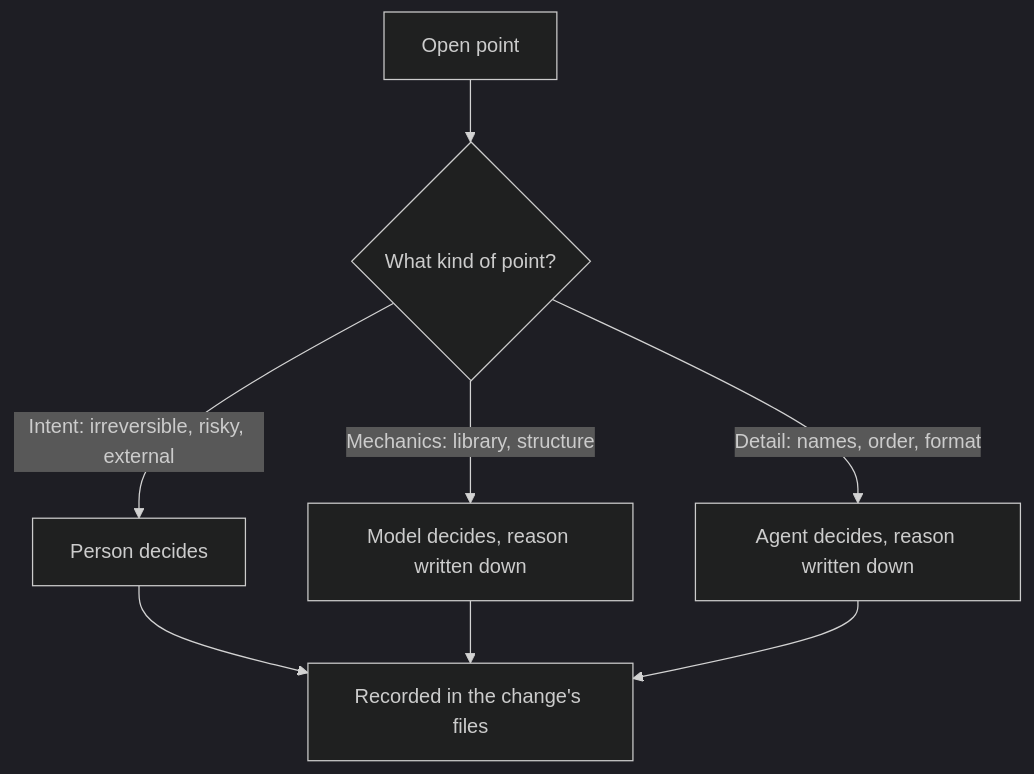
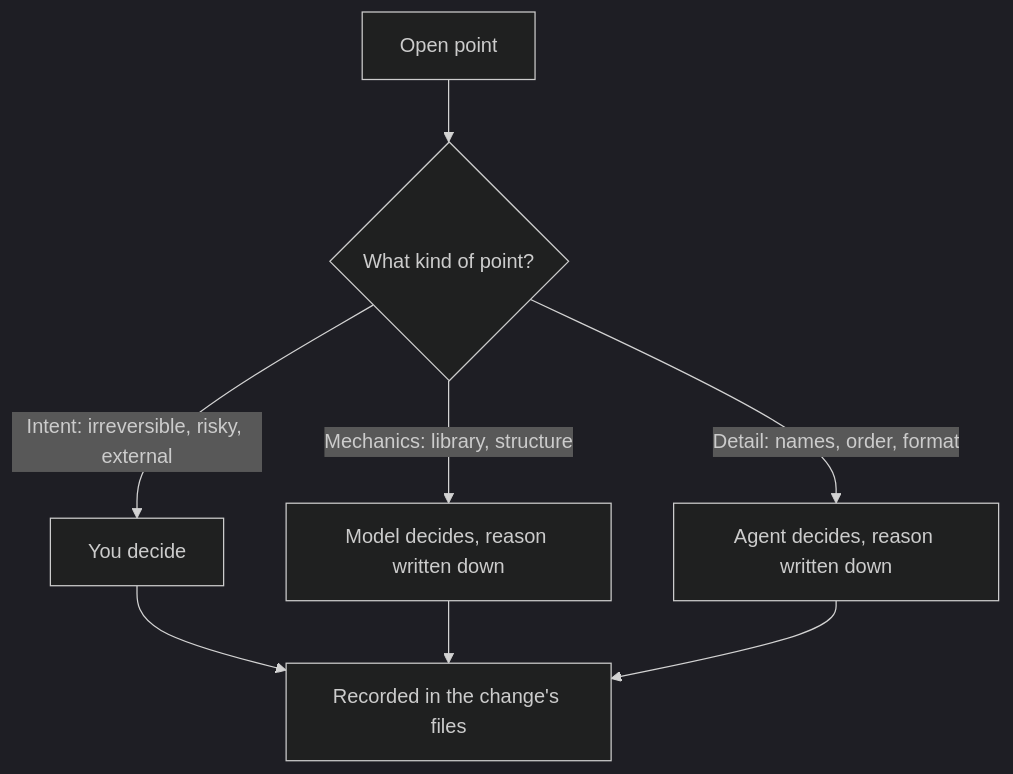
One commit to bicycle-brakes/monotrope changed the first of 2 diagrams in README.md. Above: the diagram before and after it, drawn with Mermaid (dark theme). The commit also changed other lines of this file and 1 other file, not shown here.

````diff
--- a/README.md
+++ b/README.md
@@ -32,10 +36,10 @@
 ```mermaid
 flowchart TD
     Q[Open point] --> K{What kind of point?}
-    K -->|Intent: irreversible, risky, external| P[Person decides]
+    K -->|Intent: irreversible, risky, external| P[You decide]
     K -->|Mechanics: library, structure| M[Model decides, reason written down]
     K -->|Detail: names, order, format| A[Agent decides, reason written down]
     P --> F[Recorded in the change's files]
     M --> F
     A --> F
 ```
````
